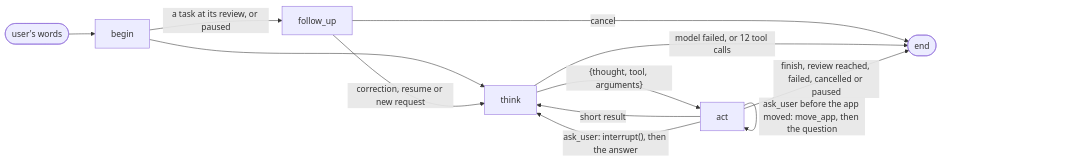
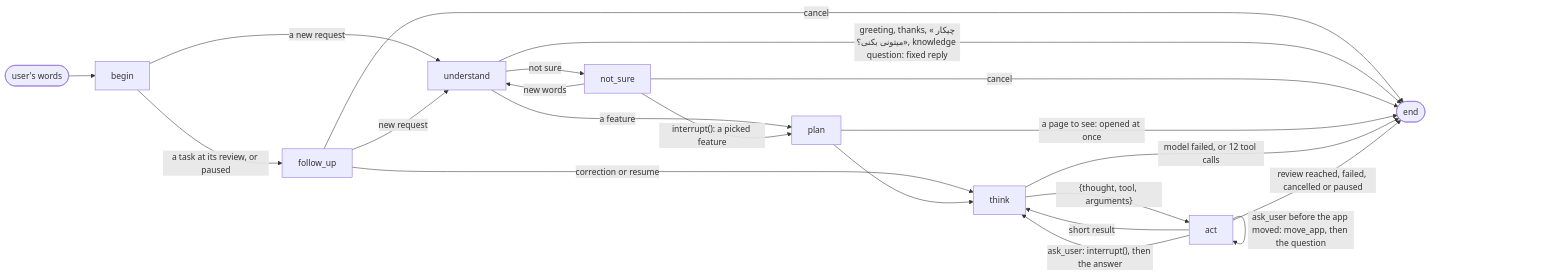
The diagram in docs/bridge/react-agent.md (Hooman1996/RagBot-Assistant), drawn with Mermaid before and after one commit. The commit also changed other lines of this file and 12 other files, not shown here.

First line of the commit message:
[RA-7] ReAct uses the workflow's feature choice (#182) (#183)

````diff
--- a/docs/bridge/react-agent.md
+++ b/docs/bridge/react-agent.md
@@ -28,14 +31,23 @@
 ```mermaid
 flowchart LR
     start([user's words]) --> begin
     begin -->|"a task at its review, or paused"| follow_up
-    begin --> think
-    follow_up -->|correction, resume or new request| think
+    begin -->|a new request| understand
+    follow_up -->|correction or resume| think
+    follow_up -->|new request| understand
     follow_up -->|cancel| stop([end])
+    understand -->|"greeting, thanks, «چیکار میتونی بکنی؟», knowledge question: fixed reply"| stop
+    understand -->|not sure| not_sure
+    understand -->|a feature| plan
+    not_sure -->|"interrupt(): a picked feature"| plan
+    not_sure -->|new words| understand
+    not_sure -->|cancel| stop
+    plan -->|"a page to see: opened at once"| stop
+    plan --> think
     think -->|"{thought, tool, arguments}"| act
     think -->|model failed, or 12 tool calls| stop
     act -->|short result| think
     act -->|"ask_user before the app moved: move_app, then the question"| act
     act -->|"ask_user: interrupt(), then the answer"| think
-    act -->|finish, review reached, failed, cancelled or paused| stop
+    act -->|review reached, failed, cancelled or paused| stop
 ```
````
